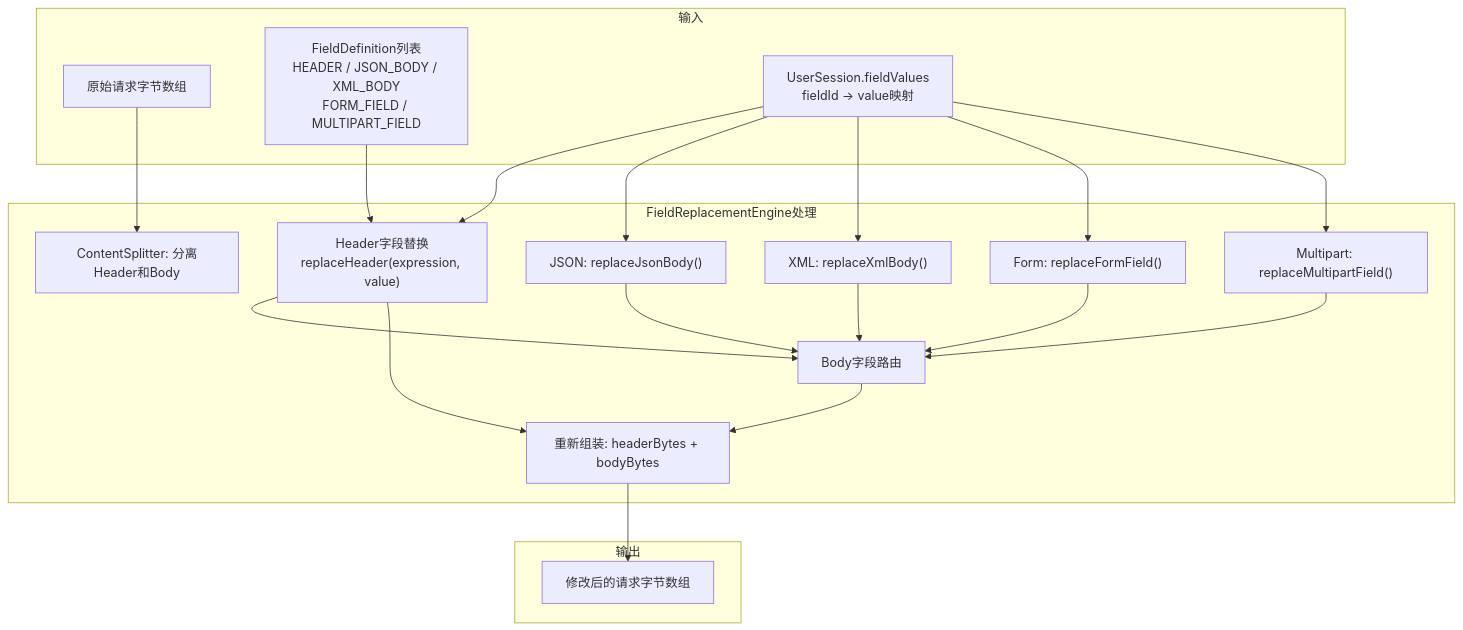
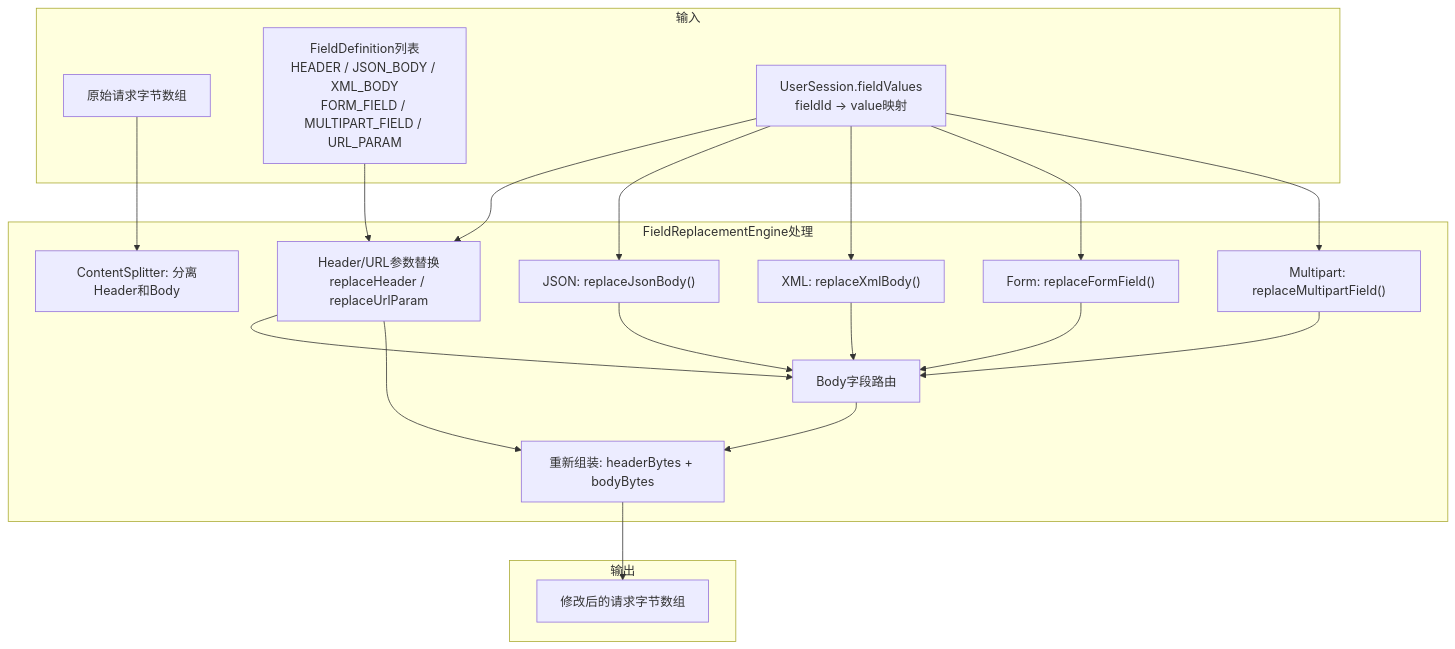
One commit to GitHubNull/repeaterManger changed diagram 12 of 31 in doc/design/data_flow_analysis.md. Above: the diagram before and after it, drawn with Mermaid. The commit also changed other lines of this file and 34 other files, not shown here.

````diff
--- a/doc/design/data_flow_analysis.md
+++ b/doc/design/data_flow_analysis.md
@@ -496,33 +558,33 @@
 ```mermaid
 graph TB
     subgraph Input["输入"]
         A1["原始请求字节数组"]
-        A2["FieldDefinition列表<br/>HEADER / JSON_BODY / XML_BODY<br/>FORM_FIELD / MULTIPART_FIELD"]
+        A2["FieldDefinition列表<br/>HEADER / JSON_BODY / XML_BODY<br/>FORM_FIELD / MULTIPART_FIELD / URL_PARAM"]
         A3["UserSession.fieldValues<br/>fieldId → value映射"]
     end
 
     subgraph Process["FieldReplacementEngine处理"]
         B1["ContentSplitter: 分离Header和Body"]
-        B2["Header字段替换<br/>replaceHeader(expression, value)"]
+        B2["Header/URL参数替换<br/>replaceHeader / replaceUrlParam"]
         B3["Body字段路由"]
         B4["JSON: replaceJsonBody()"]
         B5["XML: replaceXmlBody()"]
         B6["Form: replaceFormField()"]
         B7["Multipart: replaceMultipartField()"]
         B8["重新组装: headerBytes + bodyBytes"]
     end
 
     subgraph Output["输出"]
         C1["修改后的请求字节数组"]
     end
 
     A1 --> B1
     A2 --> B2 --> B3
     A3 --> B2
     A3 --> B4 --> B3
     A3 --> B5 --> B3
     A3 --> B6 --> B3
     A3 --> B7 --> B3
     B3 --> B8 --> C1
     B2 --> B8
 ```
````
